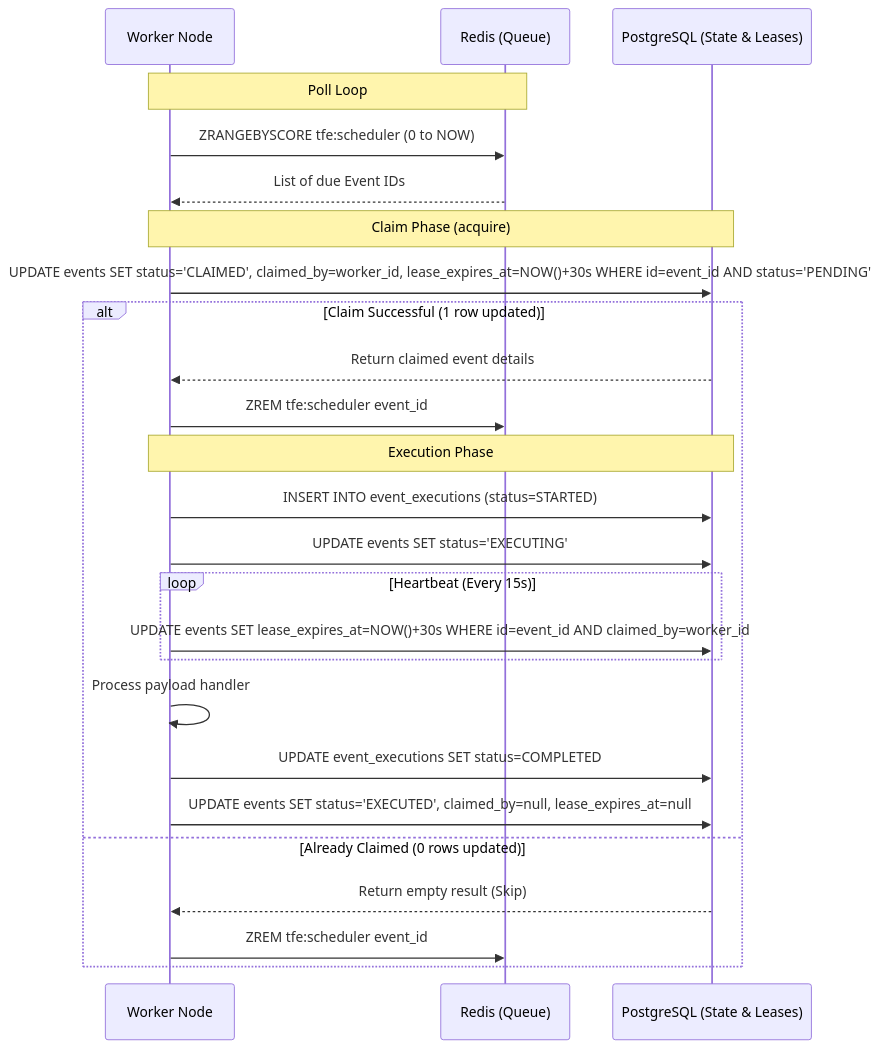
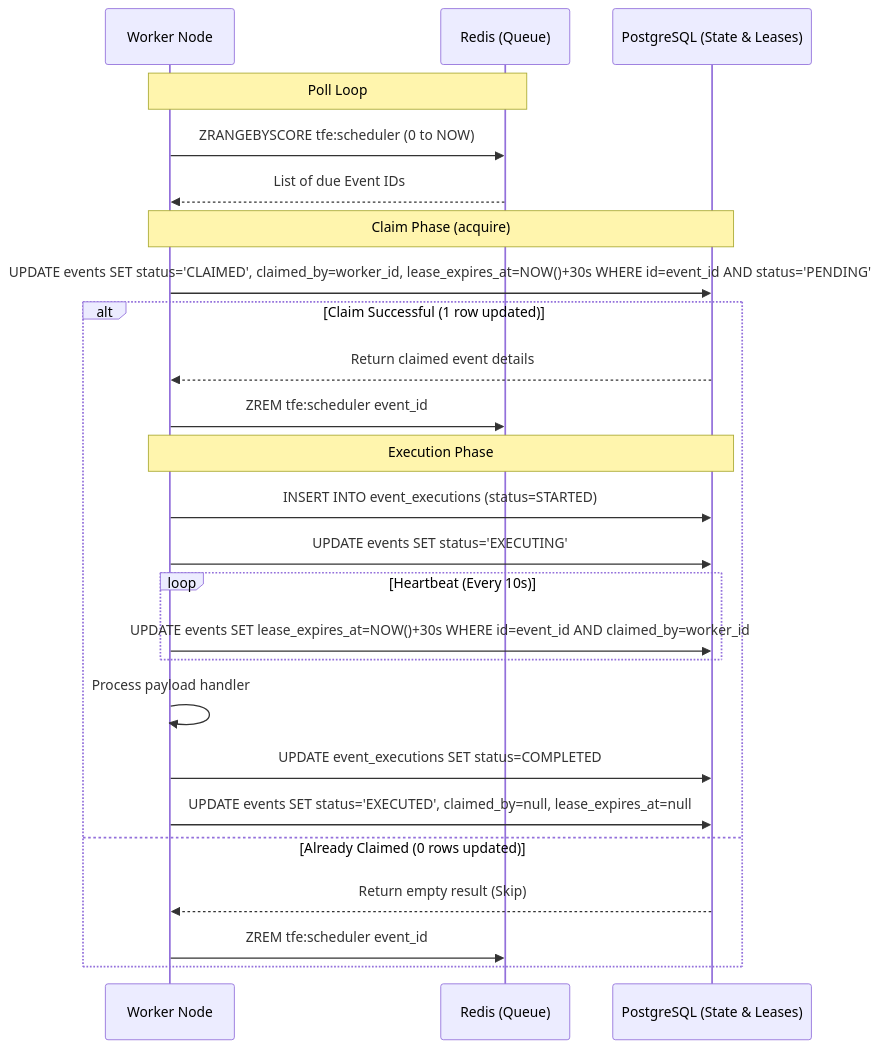
One commit to SmaranReddy/TheTemporalFaultEngine changed the second of 2 diagrams in README.md. Above: the diagram before and after it, drawn with Mermaid. The commit also changed other lines of this file and 14 other files, not shown here.

````diff
--- a/README.md
+++ b/README.md
@@ -27,29 +76,29 @@
 ```mermaid
 sequenceDiagram
     participant W as Worker Node
     participant R as Redis (Queue)
     participant DB as PostgreSQL (State & Leases)
     
     Note over W, R: Poll Loop
     W->>R: ZRANGEBYSCORE tfe:scheduler (0 to NOW)
     R-->>W: List of due Event IDs
     
     Note over W, DB: Claim Phase (acquire)
     W->>DB: UPDATE events SET status='CLAIMED', claimed_by=worker_id, lease_expires_at=NOW()+30s WHERE id=event_id AND status='PENDING'
     alt Claim Successful (1 row updated)
         DB-->>W: Return claimed event details
         W->>R: ZREM tfe:scheduler event_id
         Note over W, DB: Execution Phase
         W->>DB: INSERT INTO event_executions (status=STARTED)
         W->>DB: UPDATE events SET status='EXECUTING'
-        loop Heartbeat (Every 15s)
+        loop Heartbeat (Every 10s)
             W->>DB: UPDATE events SET lease_expires_at=NOW()+30s WHERE id=event_id AND claimed_by=worker_id
         end
         W->>W: Process payload handler
         W->>DB: UPDATE event_executions SET status=COMPLETED
         W->>DB: UPDATE events SET status='EXECUTED', claimed_by=null, lease_expires_at=null
     else Already Claimed (0 rows updated)
         DB-->>W: Return empty result (Skip)
         W->>R: ZREM tfe:scheduler event_id
     end
 ```
````
